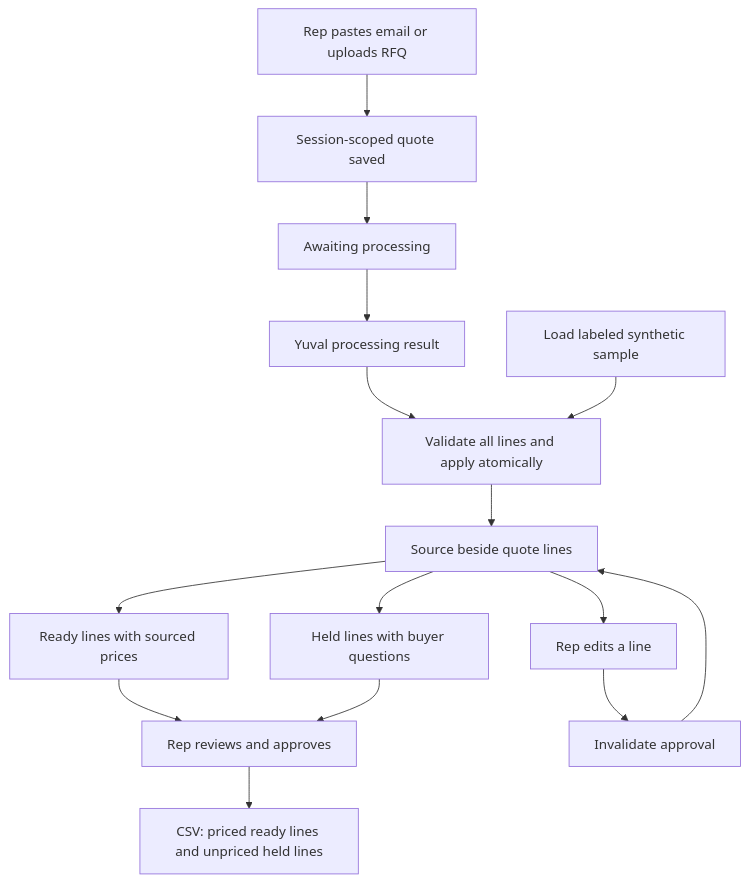
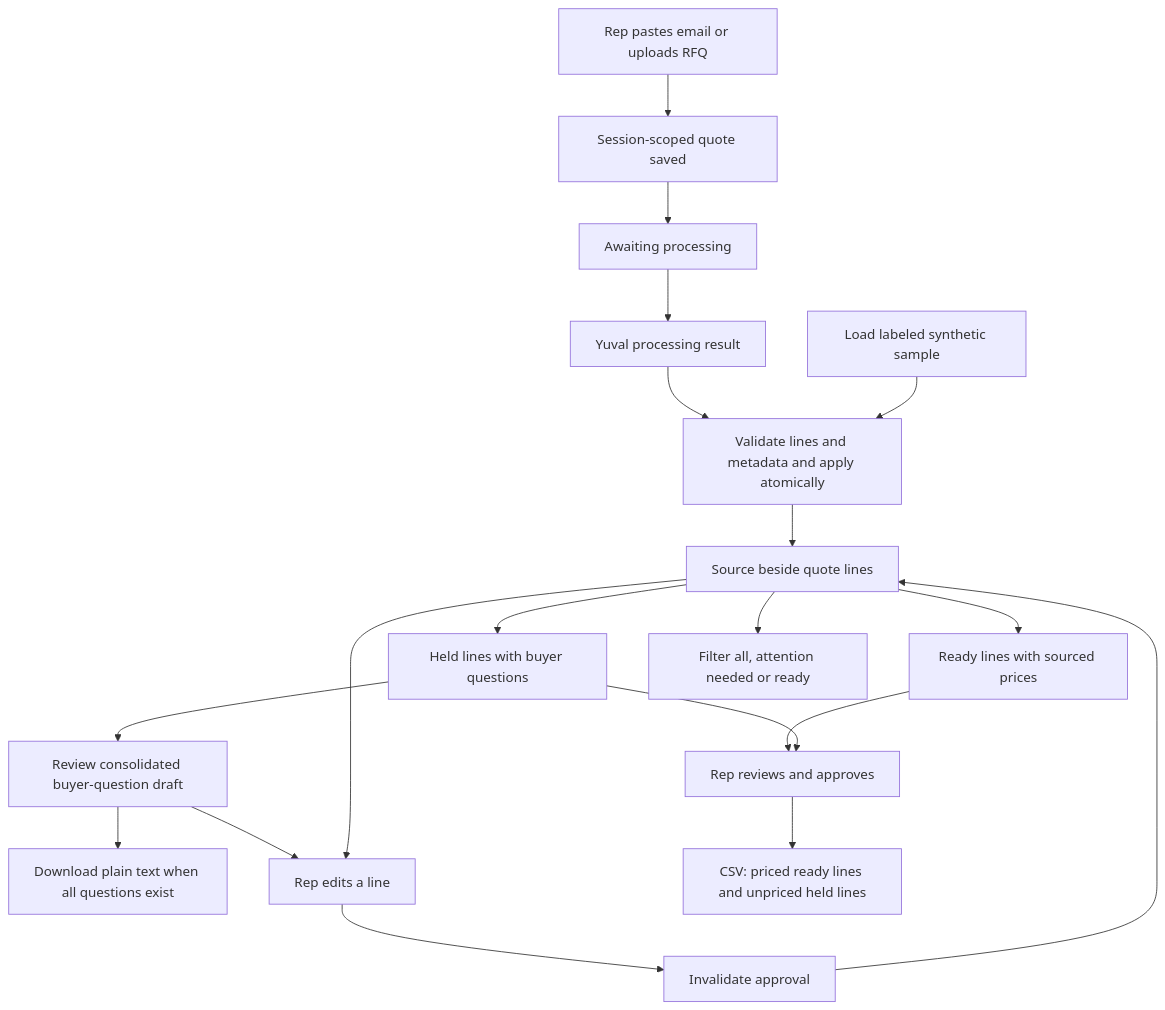
Before and after one commit to kenxle/columbia-startup-lab-get-hired-hack: the diagram in docs/diagrams/quote-workspace.md, drawn with Mermaid. The commit also changed other lines of this file and 27 other files, not shown here.

Commit message:
Add buyer question review and preserve processing metadata

````diff
--- a/docs/diagrams/quote-workspace.md
+++ b/docs/diagrams/quote-workspace.md
@@ -3,17 +3,21 @@
 ```mermaid
 graph TD
     A[Rep pastes email or uploads RFQ] --> B[Session-scoped quote saved]
     B --> C[Awaiting processing]
     C --> D[Yuval processing result]
-    D --> E[Validate all lines and apply atomically]
+    D --> E[Validate lines and metadata and apply atomically]
     F[Load labeled synthetic sample] --> E
     E --> G[Source beside quote lines]
     G --> H[Ready lines with sourced prices]
     G --> I[Held lines with buyer questions]
+    G --> N[Filter all, attention needed or ready]
+    I --> O[Review consolidated buyer-question draft]
+    O --> P[Download plain text when all questions exist]
+    O --> L
     H --> J[Rep reviews and approves]
     I --> J
     J --> K[CSV: priced ready lines and unpriced held lines]
     G --> L[Rep edits a line]
     L --> M[Invalidate approval]
     M --> G
 ```
````
